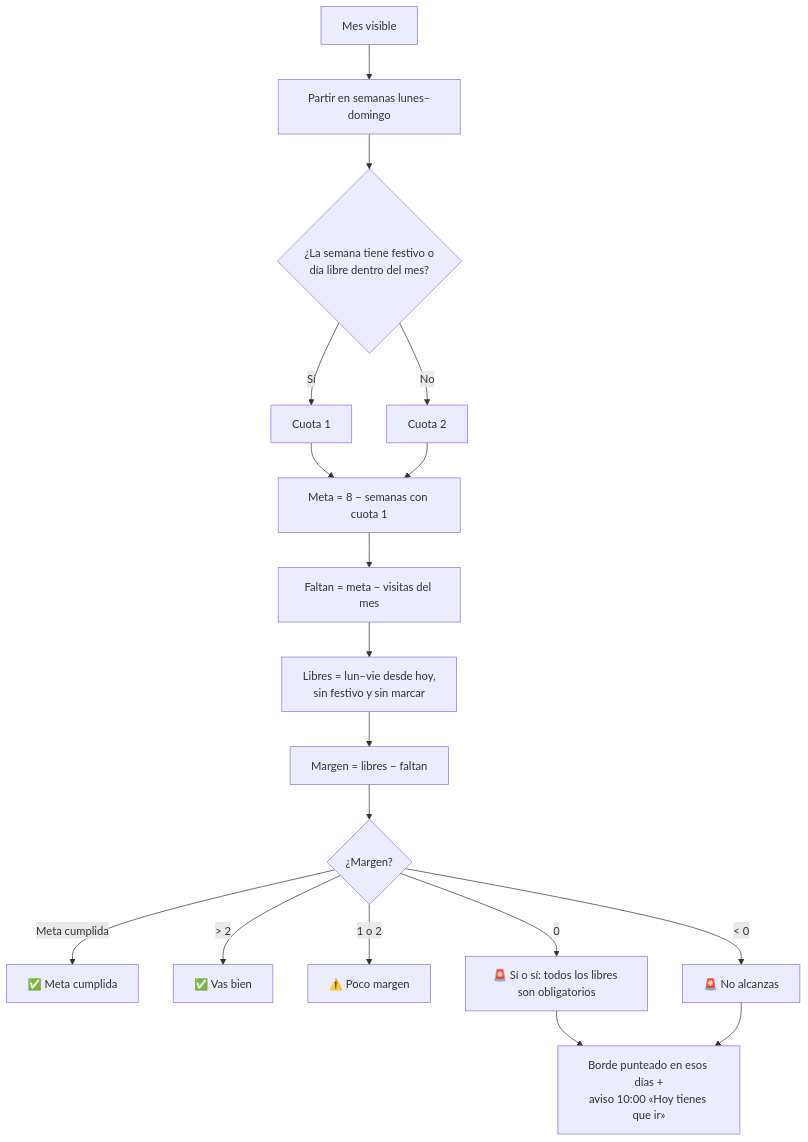
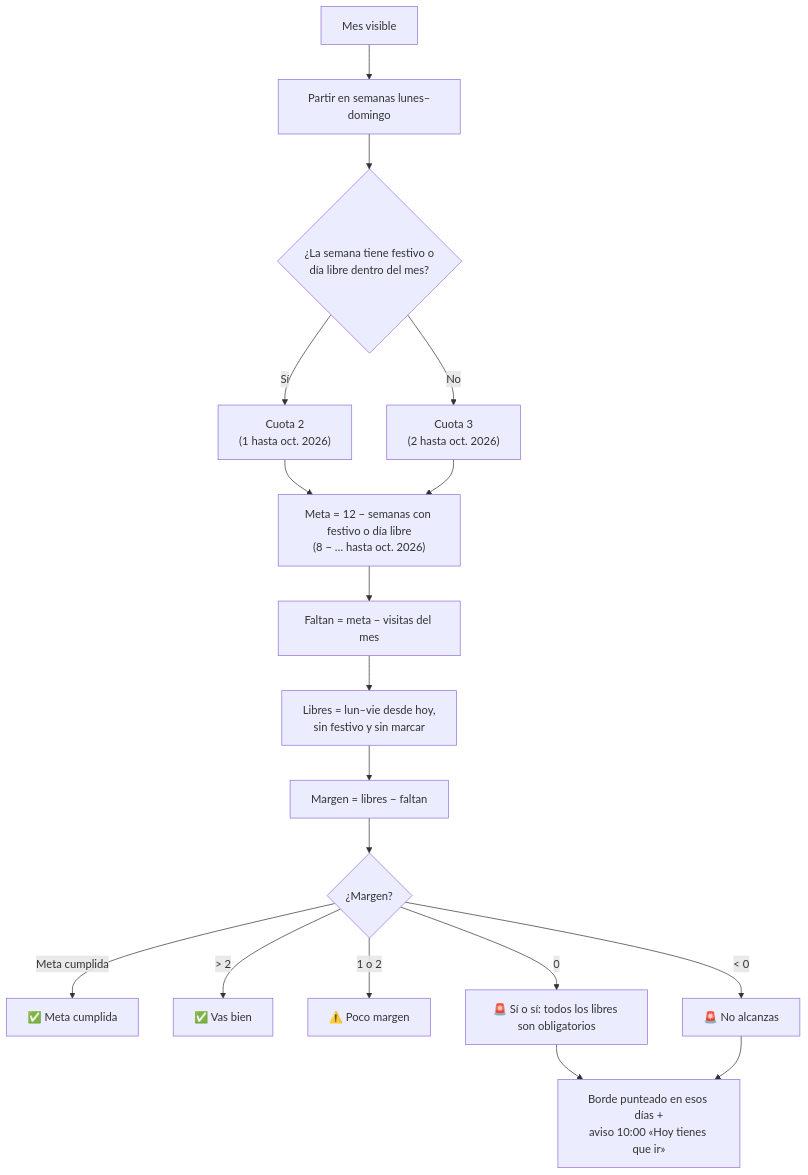
The second of 6 diagrams in README.md (johansparra/office-tracker), drawn with Mermaid before and after one commit. The commit also changed other lines of this file and 16 other files, not shown here.

First line of the commit message:
Meta de 3 días por semana desde noviembre y avisos con respuesta directa (v19)

````diff
--- a/README.md
+++ b/README.md
@@ -160,20 +160,20 @@
 ```mermaid
 flowchart TD
   A["Mes visible"] --> B["Partir en semanas lunes–domingo"]
   B --> C{"¿La semana tiene festivo o<br/>día libre dentro del mes?"}
-  C -->|Sí| D["Cuota 1"]
-  C -->|No| E["Cuota 2"]
-  D --> F["Meta = 8 − semanas con cuota 1"]
+  C -->|Sí| D["Cuota 2<br/>(1 hasta oct. 2026)"]
+  C -->|No| E["Cuota 3<br/>(2 hasta oct. 2026)"]
+  D --> F["Meta = 12 − semanas con festivo o día libre<br/>(8 − … hasta oct. 2026)"]
   E --> F
   F --> G["Faltan = meta − visitas del mes"]
   G --> H["Libres = lun–vie desde hoy,<br/>sin festivo y sin marcar"]
   H --> I["Margen = libres − faltan"]
   I --> J{"¿Margen?"}
   J -->|"Meta cumplida"| K["✅ Meta cumplida"]
   J -->|"> 2"| L["✅ Vas bien"]
   J -->|"1 o 2"| M["⚠️ Poco margen"]
   J -->|"0"| N["🚨 Sí o sí: todos los libres son obligatorios"]
   J -->|"< 0"| O["🚨 No alcanzas"]
   N --> P["Borde punteado en esos días +<br/>aviso 10:00 «Hoy tienes que ir»"]
   O --> P
 ```
````
